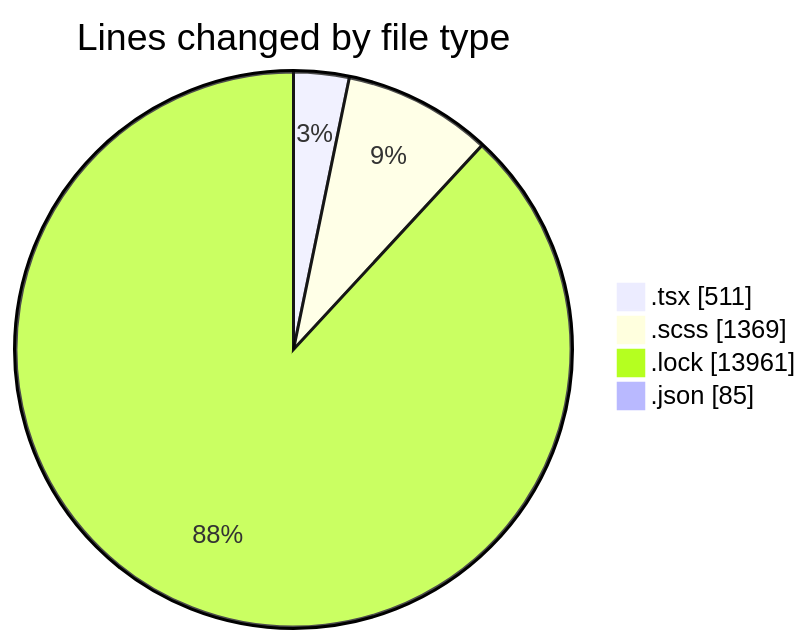
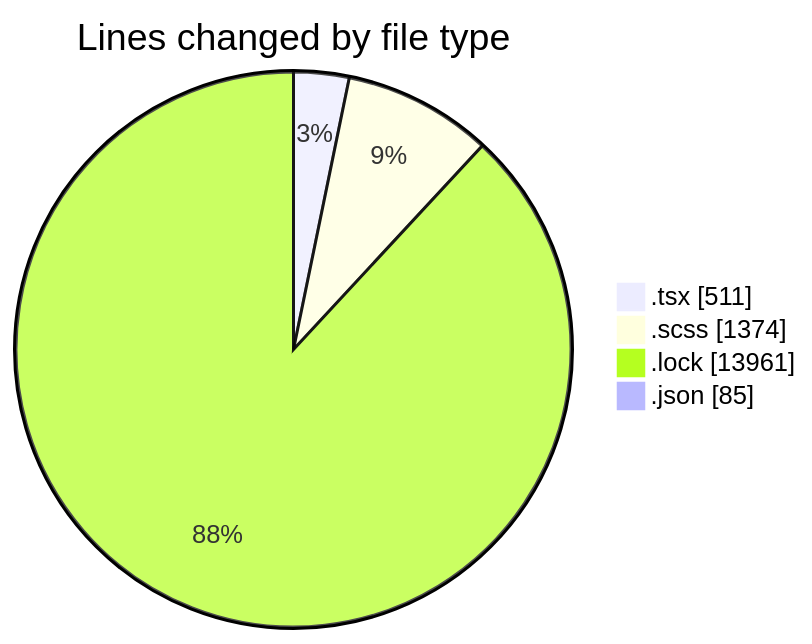
Before and after one commit to momahboobian/code-tracking: the first of 2 diagrams in 2026-02-23/cda/README.md, drawn with Mermaid. The commit also changed other lines of this file and 1 other file, not shown here.

````diff
--- a/2026-02-23/cda/README.md
+++ b/2026-02-23/cda/README.md
@@ -24,8 +24,8 @@
 ```mermaid
 pie showData
 title Lines changed by file type
 ".tsx" : 511
-".scss" : 1369
+".scss" : 1374
 ".lock" : 13961
 ".json" : 85
 ```
````
